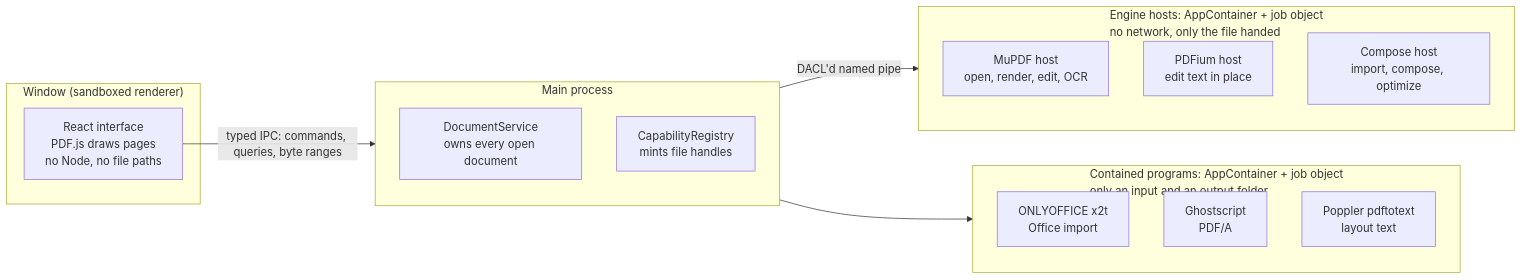
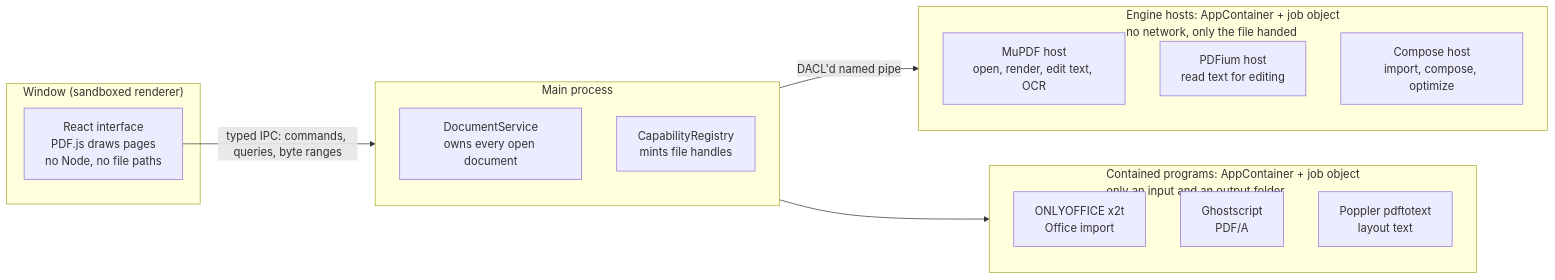
The first of 2 diagrams in README.md (tenslorai-tar/monstera), drawn with Mermaid before and after one commit. The commit also changed other lines of this file and 7 other files, not shown here.

First line of the commit message:
README at the merge: Unifont in the tech stack, Edit text's real promise, the engines' roles, six screenshots

````diff
--- a/README.md
+++ b/README.md
@@ -236,23 +236,23 @@
 ```mermaid
 flowchart LR
   subgraph renderer["Window (sandboxed renderer)"]
     ui["React interface<br/>PDF.js draws pages<br/>no Node, no file paths"]
   end
   subgraph main["Main process"]
     doc["DocumentService<br/>owns every open document"]
     caps["CapabilityRegistry<br/>mints file handles"]
   end
   subgraph hosts["Engine hosts: AppContainer + job object<br/>no network, only the file handed"]
-    mupdf["MuPDF host<br/>open, render, edit, OCR"]
-    pdfium["PDFium host<br/>edit text in place"]
+    mupdf["MuPDF host<br/>open, render, edit text, OCR"]
+    pdfium["PDFium host<br/>read text for editing"]
     compose["Compose host<br/>import, compose, optimize"]
   end
   subgraph converters["Contained programs: AppContainer + job object<br/>only an input and an output folder"]
     x2t["ONLYOFFICE x2t<br/>Office import"]
     gs["Ghostscript<br/>PDF/A"]
     pop["Poppler pdftotext<br/>layout text"]
   end
   ui -- "typed IPC: commands, queries, byte ranges" --> main
   main -- "DACL'd named pipe" --> hosts
   main --> converters
 ```
````
